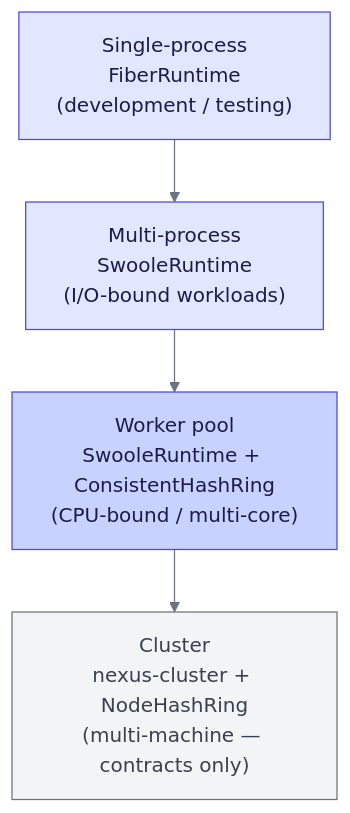
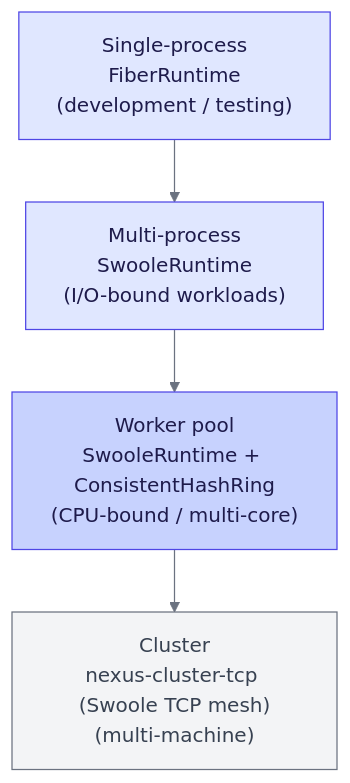
One commit to nexus-actors/nexus changed the first of 2 diagrams in website/docs/scaling/overview.md. Above: the diagram before and after it, drawn with Mermaid. The commit also changed other lines of this file and 26 other files, not shown here.

````diff
--- a/website/docs/scaling/overview.md
+++ b/website/docs/scaling/overview.md
@@ -20,12 +20,12 @@
 ```mermaid
 %%{init: {"theme": "base", "themeVariables": {"primaryColor": "#4f46e5", "primaryTextColor": "#fff", "lineColor": "#6b7280"}}}%%
 flowchart TD
     A["Single-process\nFiberRuntime\n(development / testing)"] --> B["Multi-process\nSwooleRuntime\n(I/O-bound workloads)"]
     B --> C["Worker pool\nSwooleRuntime + ConsistentHashRing\n(CPU-bound / multi-core)"]
-    C --> D["Cluster\nnexus-cluster + NodeHashRing\n(multi-machine — contracts only)"]
+    C --> D["Cluster\nnexus-cluster-tcp (Swoole TCP mesh)\n(multi-machine)"]
 
     style A fill:#e0e7ff,stroke:#4f46e5,color:#1e1b4b
     style B fill:#e0e7ff,stroke:#4f46e5,color:#1e1b4b
     style C fill:#c7d2fe,stroke:#4f46e5,color:#1e1b4b
     style D fill:#f3f4f6,stroke:#6b7280,color:#374151
 ```
````
